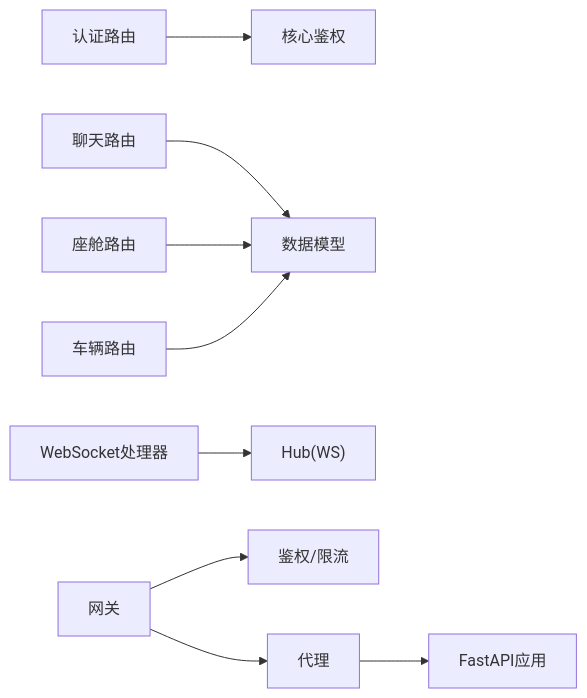
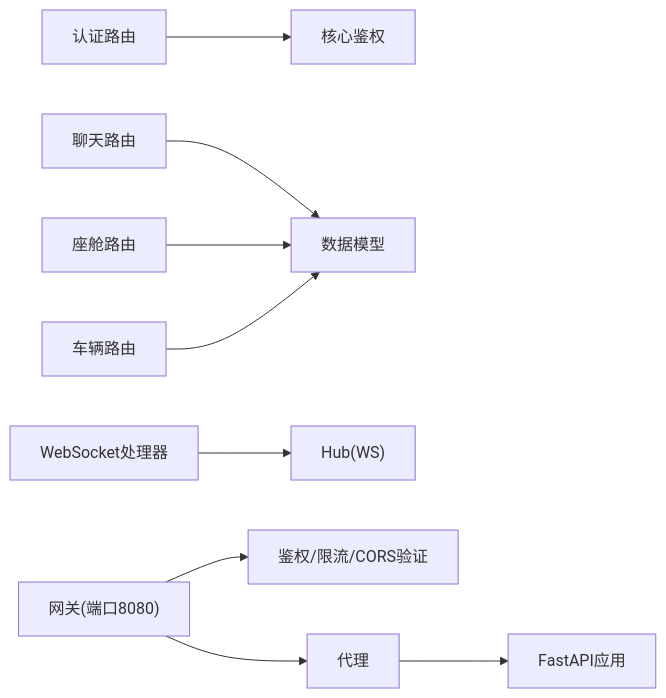
The fourth of 4 diagrams in .qoder/repowiki/zh/content/API接口文档/API接口文档.md (zmdhdu/NexusCockpit), drawn with Mermaid before and after one commit. The commit also changed other lines of this file and 23 other files, not shown here.

````diff
--- a/.qoder/repowiki/zh/content/API接口文档/API接口文档.md
+++ b/.qoder/repowiki/zh/content/API接口文档/API接口文档.md
@@ -280,11 +335,11 @@
 ```mermaid
 graph LR
 AuthRoute["认证路由"] --> CoreAuth["核心鉴权"]
 ChatRoute["聊天路由"] --> Schemas["数据模型"]
 CockpitRoute["座舱路由"] --> Schemas
 VehicleRoute["车辆路由"] --> Schemas
 WSHandler["WebSocket处理器"] --> Hub["Hub(WS)"]
-Gateway["网关"] --> Auth["鉴权/限流"]
+Gateway["网关(端口8080)"] --> Auth["鉴权/限流/CORS验证"]
 Gateway --> Proxy["代理"]
 Proxy --> App["FastAPI应用"]
 ```
````
